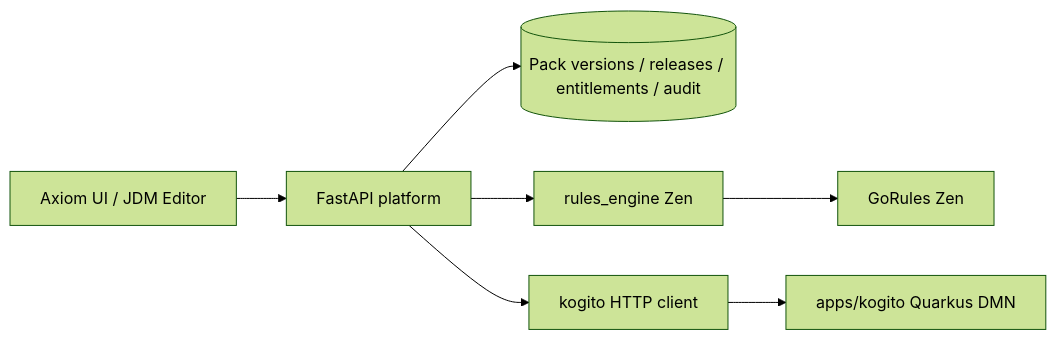
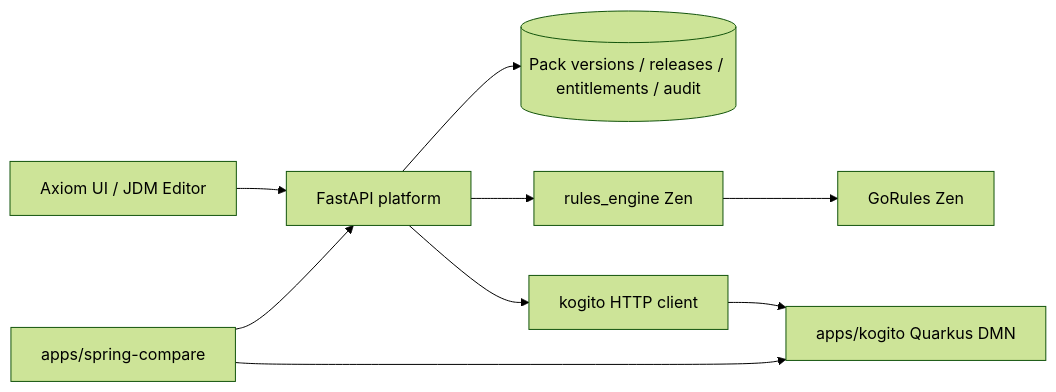
Before and after one commit to souvikmukherjee/utils-rules-engine-poc: the diagram in docs/ARCHITECTURE.md, drawn with Mermaid (forest theme). The commit also changed other lines of this file and 26 other files, not shown here.

First line of the commit message:
Add Spring Boot harness to compare Zen and Kogito runtimes

````diff
--- a/docs/ARCHITECTURE.md
+++ b/docs/ARCHITECTURE.md
@@ -15,9 +16,11 @@
 ```mermaid
 flowchart LR
   UI[Axiom UI / JDM Editor] --> API[FastAPI platform]
   API --> Store[(Pack versions / releases / entitlements / audit)]
   API --> ZenAdapter[rules_engine Zen]
   API --> KogitoClient[kogito HTTP client]
   ZenAdapter --> Zen[GoRules Zen]
   KogitoClient --> KogitoSvc[apps/kogito Quarkus DMN]
+  Spring[apps/spring-compare] --> API
+  Spring --> KogitoSvc
 ```
````
